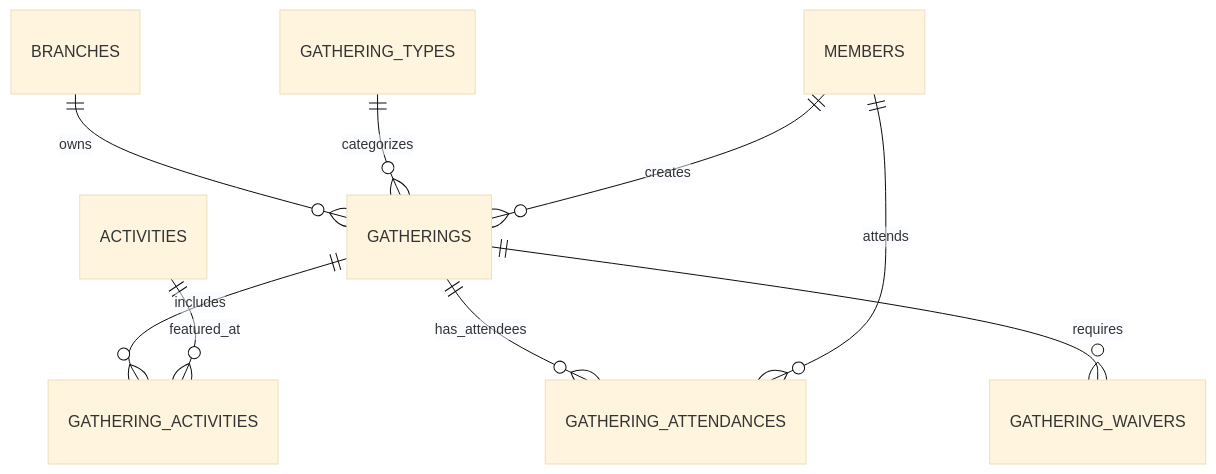
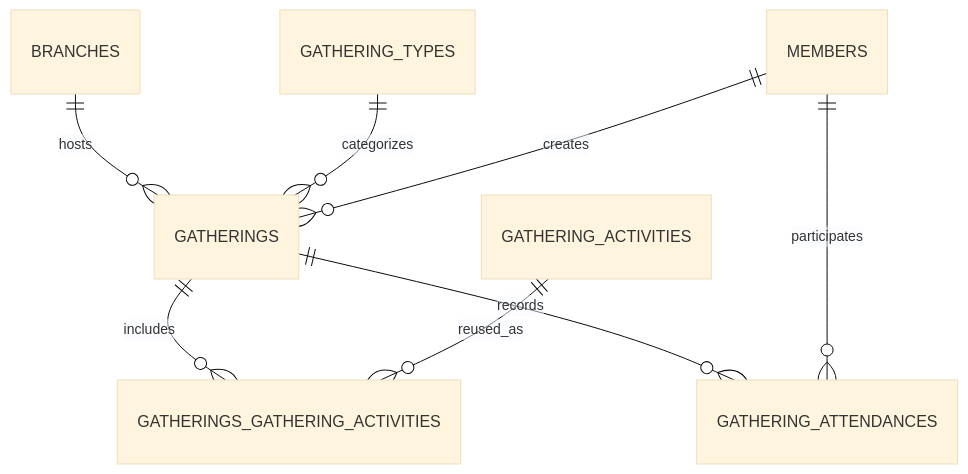
Before and after one commit to Ansteorra/KMP: the diagram in docs/4.6-gatherings-system.md, drawn with Mermaid (base theme). The commit also changed other lines of this file and 57 other files, not shown here.

````diff
--- a/docs/4.6-gatherings-system.md
+++ b/docs/4.6-gatherings-system.md
@@ -268,11 +55,10 @@
 ```mermaid
 erDiagram
-    BRANCHES ||--o{ GATHERINGS : owns
+    BRANCHES ||--o{ GATHERINGS : hosts
     GATHERING_TYPES ||--o{ GATHERINGS : categorizes
     MEMBERS ||--o{ GATHERINGS : creates
-    GATHERINGS ||--o{ GATHERING_ACTIVITIES : includes
-    ACTIVITIES ||--o{ GATHERING_ACTIVITIES : featured_at
-    GATHERINGS ||--o{ GATHERING_ATTENDANCES : has_attendees
-    MEMBERS ||--o{ GATHERING_ATTENDANCES : attends
-    GATHERINGS ||--o{ GATHERING_WAIVERS : requires
+    GATHERINGS ||--o{ GATHERINGS_GATHERING_ACTIVITIES : includes
+    GATHERING_ACTIVITIES ||--o{ GATHERINGS_GATHERING_ACTIVITIES : reused_as
+    GATHERINGS ||--o{ GATHERING_ATTENDANCES : records
+    MEMBERS ||--o{ GATHERING_ATTENDANCES : participates
 ```
````
